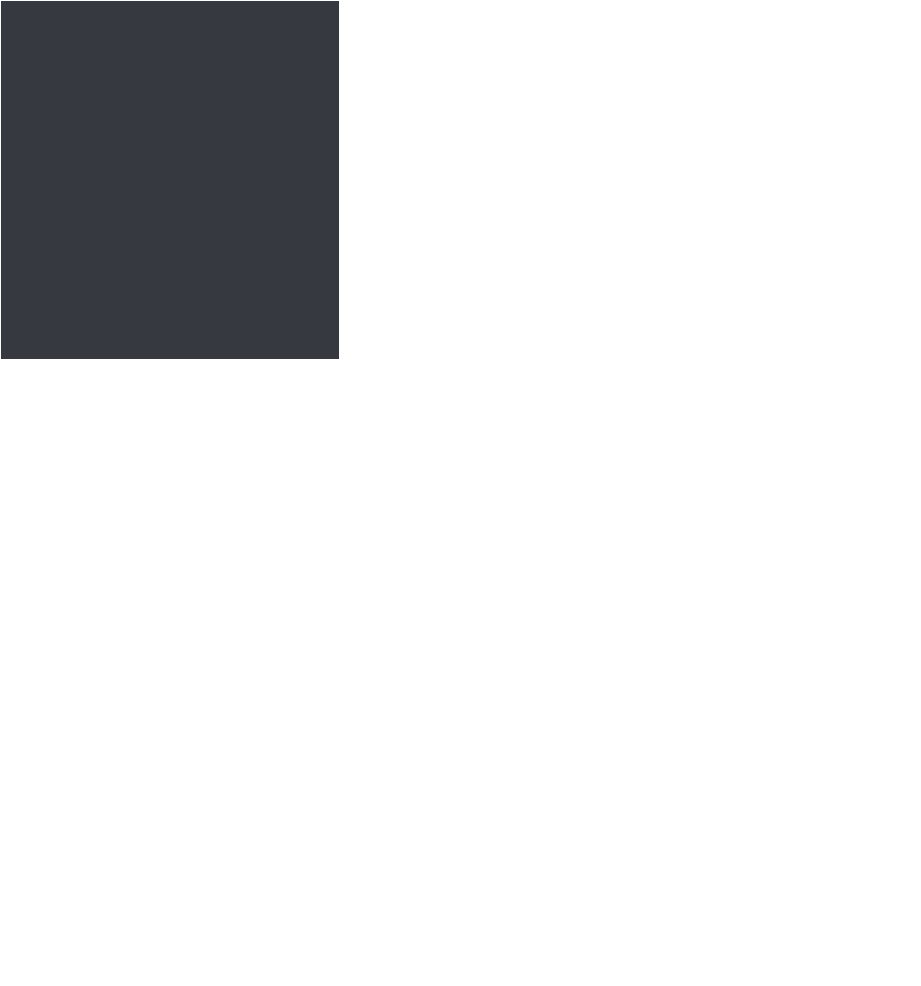
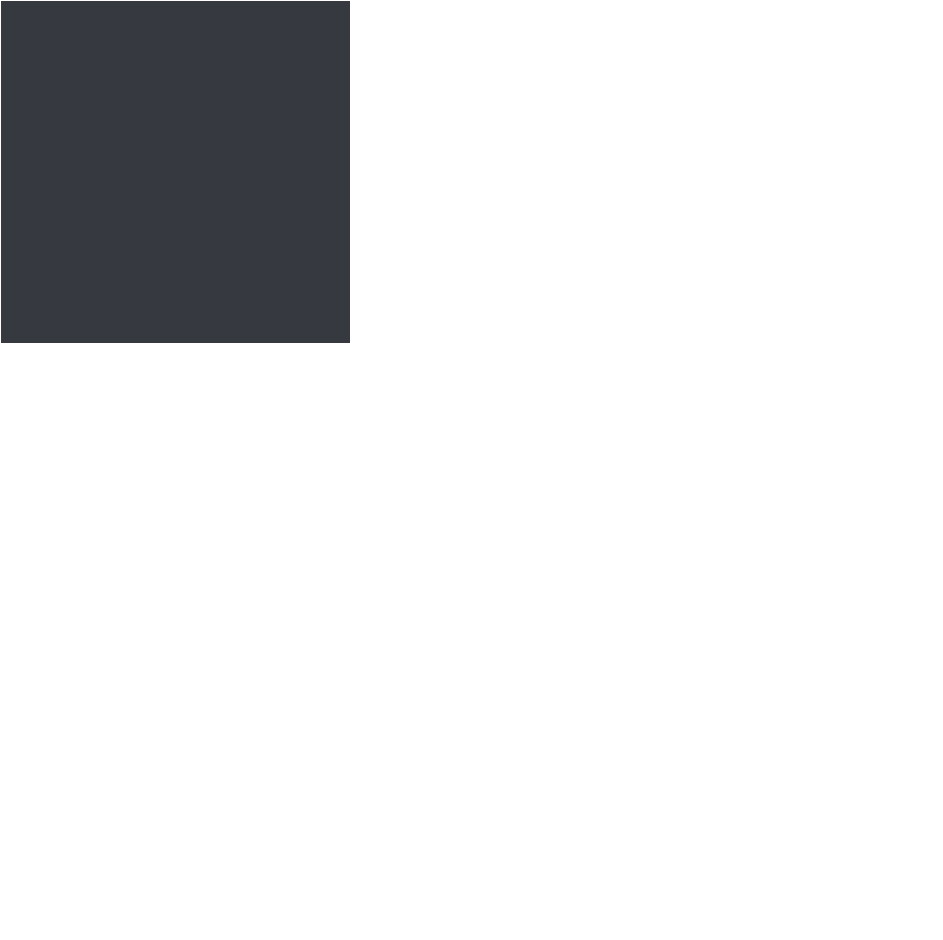
One commit to Documidas/CoronaCatzFamilyTree changed the diagram in tree.dot. Above: the diagram before and after it, drawn with Graphviz. The commit also changed 1 other file, not shown here.

Commit message:
Rename Uko to 'Ryan/Des'

```diff
--- a/tree.dot
+++ b/tree.dot
@@ -1,183 +1,183 @@
 strict graph {
 	// Layout Configuration
 	layout = neato;
 	dpi = 200;
 	epsilon = 0.01;
 	mode = major;
 	model = subset;
 	overlap = false;
 	splines = ortho;
 	start = rand;
 
 	// Visual Configuration
 	graph [ truecolor=true bgcolor="#36393f" ];
 	node [ style=filled fillcolor="gray" fontcolor="black" ];
 
 	subgraph "Joel" {
 		node [ style=filled fillcolor="firebrick4" fontcolor="white" ];
 		Joel [ style=filled fillcolor="gold" fontcolor="black" ];
 
 		Cayla -- Ali;
 		Cayla -- Jonathan;
 		Cayla -- Kate;
 		Cayla -- Ranger;
 		Joel -- Anders;
 		Joel -- Cayla;
 		Joel -- Conner;
 		Joel -- Jared;
 		Joel -- Kat;
 		Joel -- Patrick;
 		Joel -- Steven;
 	}
 
 	subgraph "Anders" {
 		node [ style=filled fillcolor="green4" fontcolor="white" ];
 		// Anders [ style=filled fillcolor="green4" fontcolor="white" ];
 
 		Anders -- Chiara;
 		Anders -- Cody;
 		Anders -- Daniel;
 		Anders -- Derek;
 		Anders -- DJ;
 		Anders -- Hahnur;
 		Anders -- Jen;
 		Anders -- "Matt.2";
 		Anders -- Solis;
 		Anders -- Will;
 		Anders -- Wyatt;
 		Anders -- Zach;
 	}
 
 	subgraph "Jared" {
 		node [ style=filled fillcolor="royalblue" fontcolor="black" ];
 		// Jared [ style=filled fillcolor="royalblue" fontcolor="black" ];
 
 		Andrew -- Hannah;
 		"Carter-1.0" -- Tom;
 		Cole -- "Shadia/SJ";
 		Donnie -- Bianca;
 		Donnie -- Bryan;
 		Donnie -- Troy;
 		Greg -- Andrew;
 		Greg -- "Carter-1.0";
 		Greg -- Ina;
 		Greg -- "John Boi";
 		Greg -- Tails;
 		Greg -- Tanyon;
 		Hannah -- Raana;
 		Jared -- Brandi;
 		Jared -- Dave;
 		Jared -- Donnie;
 		Jared -- Fabi;
 		Jared -- "Jack.2";
 		Jared -- Cole;
 		Jared -- Kamon;
 		Jared -- Greg;
 		Jared -- Isabelle;
 		Jared -- Mason;
 		Jared -- "Matt.1";
 		Jared -- Mehmet;
 		Jared -- Nam;
 		Jared -- Pixie;
 		Jared -- Shannon;
 		Jared -- Spencer;
 		Jared -- Tyler;
 		Jared -- "Zach/Laniakea";
 		Jared -- Zoe;
 		"John Boi" -- Hardie;
 		"Shadia/SJ" -- Kalel;
 		"Shadia/SJ" -- Tommy;
 		Tommy -- Danny;
 		Troy -- Drake;
 		Tyler -- Gaby;
 		Zoe -- Brandon;
 	}
 
 	subgraph "Zach/Laniakea" {
 		node [ style=filled fillcolor="#4eff2c" fontcolor="black" ];
 		// "Zach/Laniakea" [ style=filled fillcolor="#4eff2c" fontcolor="black" ];
 
 		"Caio.2" -- "Kyle.1";
 		"Caio.2" -- Lucas;
 		Kuri -- "Andrew/Spook";
 		Kuri -- Jon;
 		Kuri -- Karma;
 		Kuri -- Ram;
-		Uko -- Marcus;
+		"Ryan/Des" -- Marcus;
 		"Ryan/Wenger" -- Gracie;
 		"Zach/Laniakea" -- Allen;
 		"Zach/Laniakea" -- "Caio.2";
 		"Zach/Laniakea" -- John;
 		"Zach/Laniakea" -- Logan;
 		"Zach/Laniakea" -- Kevin;
 		"Zach/Laniakea" -- Kuri;
 		"Zach/Laniakea" -- "Kyle.0";
 		"Zach/Laniakea" -- Mike;
+		"Zach/Laniakea" -- "Ryan/Des";
 		"Zach/Laniakea" -- "Ryan/Wenger";
-		"Zach/Laniakea" -- Uko;
 	}
 
 	subgraph "John" {
 		node [ style=filled fillcolor="#c89b3c" fontcolor="black" ];
 		// John [ style=filled fillcolor="#c89b3c" fontcolor="black" ];
 
 		John -- Anna;
 		John -- Emily;
 		John -- Haber;
 		John -- Jay;
 		John -- "Jack.1";
 		John -- Lara;
 		John -- Monarch;
 		John -- Thomas;
 	}
 
 	subgraph "John-stream" {
 		// node [ style=filled fillcolor="#9147ff" fontcolor="black" ];
 		node [ style=filled fillcolor="#c89b3c" fontcolor="black" ];
 
 		John -- "Michael/Wheezy";
 	}
 
 	subgraph "Thomas" {
 		node [ style=filled fillcolor="#b04900" fontcolor="black" ];
 		// Thomas [ style=filled fillcolor="#b04900" fontcolor="black" ];
 
 		Thomas -- Alex;
 		Thomas -- Bob;
 		Thomas -- Dre;
 		Thomas -- JD;
 		Thomas -- Josh;
 		Thomas -- Juan;
 		Thomas -- Pat;
 		Thomas -- Taylor;
 		Thomas -- Tony;
 		Thomas -- Travis;
 	}
 
 	subgraph "Alex" {
 		node [ style=filled fillcolor="#6f2da8" fontcolor="white" ];
 		// Alex [ style=filled fillcolor="#6f2da8" fontcolor="black" ];
 
 		Alex -- "Alex/Blitt";
 		Alex -- "Da'Von";
 		Alex -- David;
 		Alex -- Sam;
 		"Alex/Blitt" -- Alan;
 		"Alex/Blitt" -- "Alex the 3rd";
 		"Alex/Blitt" -- Brian;
 		"Alex/Blitt" -- Carlos;
 		"Alex/Blitt" -- Chris;
 		"Alex/Blitt" -- Gabriel;
 		"Alex/Blitt" -- "Kyle.3";
 		"Alex/Blitt" -- Laske;
 		"Alex/Blitt" -- Mikael;
 		"Alex/Blitt" -- "Ryan.1";
 		"Alex/Blitt" -- "Sam.2";
 		"Da'Von" -- Dalton;
 		"Da'Von" -- Zeller;
 		Dalton -- "Carter.2";
 		Dalton -- Graysen;
 		Gabriel -- "Ryan.2";
 		Zeller -- Sierra;
 	}
 }
```
